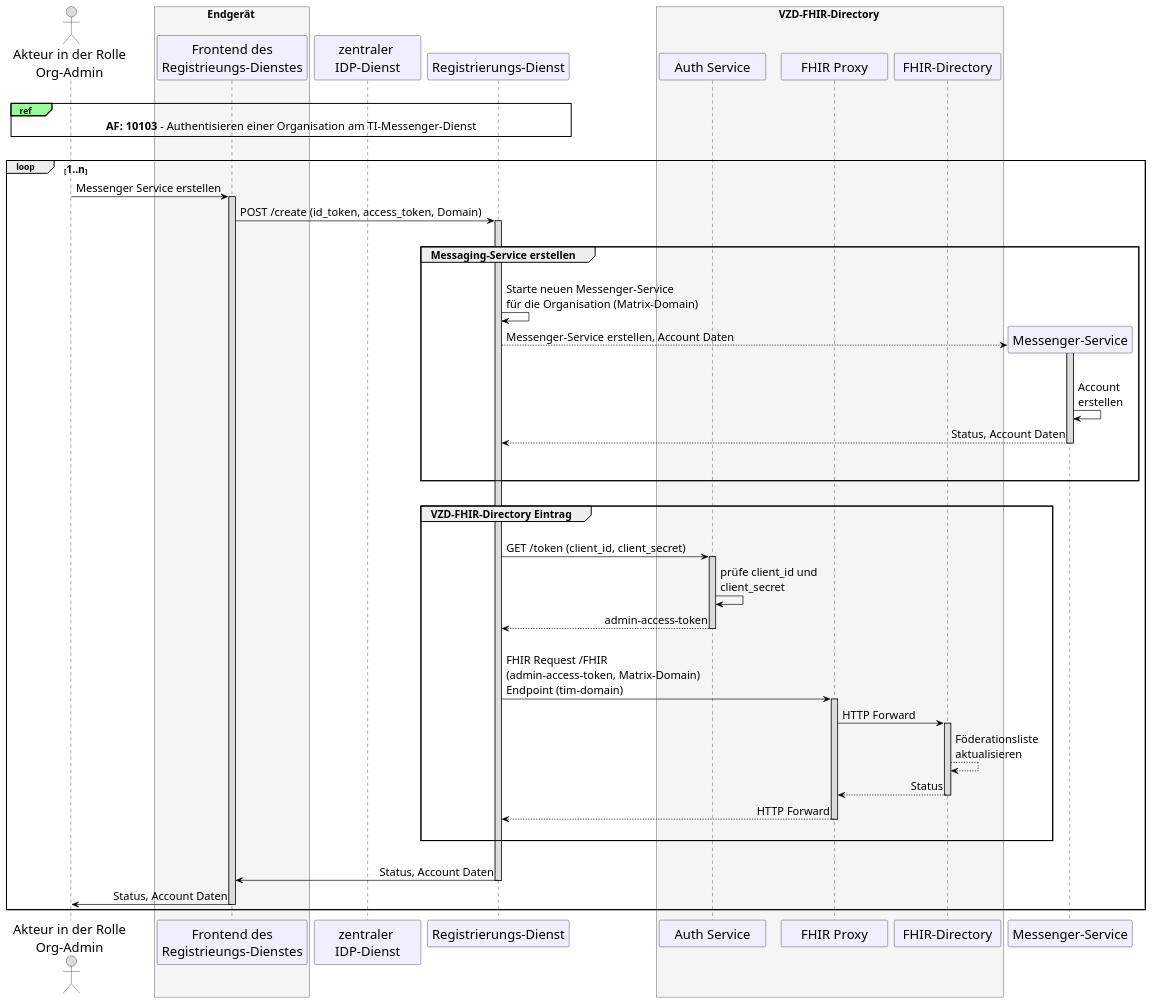
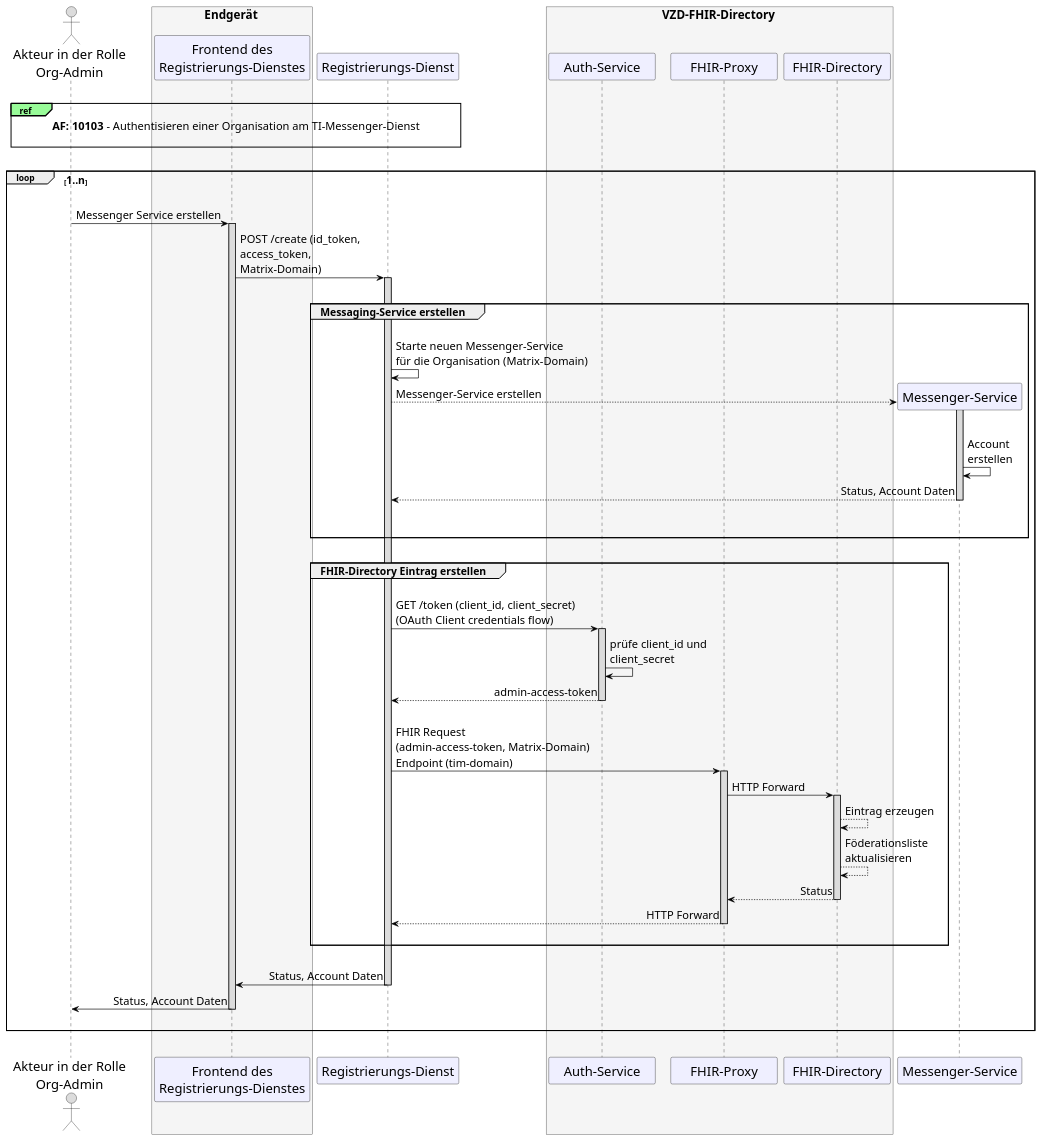
Before and after one commit to gematik/api-ti-messenger: the diagram in src/plantuml/TI-Messenger-Dienst/Ressourcen/UC_10060_Seq.puml, drawn with PlantUML. The commit also changed other lines of this file, not shown here.

```diff
--- a/src/plantuml/TI-Messenger-Dienst/Ressourcen/UC_10060_Seq.puml
+++ b/src/plantuml/TI-Messenger-Dienst/Ressourcen/UC_10060_Seq.puml
@@ -9,96 +9,98 @@
 @startuml
 skinparam sequenceMessageAlign direction
 skinparam WrapWidth 300
 skinparam minClassWidth 150
 skinparam BoxPadding 1
 skinparam sequenceReferenceHeaderBackgroundColor palegreen
 scale max 2048 width
 
 skinparam sequence {
 ArrowColor black
 ArrowFontSize 17
 ActorBorderColor black
 LifeLineBorderColor black
 LifeLineBackgroundColor Gainsboro
 
 ParticipantBorderColor Motivation
 ParticipantBackgroundColor Motivation
 ParticipantFontName Impact
 ParticipantFontSize 20
 ParticipantFontColor black
 ParticipantBorderColor Black
 ParticipantBackgroundColor MOTIVATION
 
 ActorBackgroundColor Gainsboro
 ActorFontColor black
 ActorFontSize 20
 ActorFontName Aapex
 }
     actor U as "Akteur in der Rolle\nOrg-Admin"
-    box <size:16>Endgerät</size> #WhiteSmoke
-      participant C as "Frontend des\nRegistrieungs-Dienstes"
+    box <size:18>Endgerät</size> #WhiteSmoke
+      participant C as "Frontend des\nRegistrierungs-Dienstes"
     end box
-    participant I as "zentraler \nIDP-Dienst"
     participant R as "Registrierungs-Dienst"
-    box <size:16>VZD-FHIR-Directory</size> #WhiteSmoke
-    participant Auth as "Auth Service"
-    participant FP as "FHIR Proxy"
+    box <size:18>VZD-FHIR-Directory</size> #WhiteSmoke
+    participant Auth as "Auth-Service"
+    participant FP as "FHIR-Proxy"
     participant VZD as "FHIR-Directory"
     end box
 
 |||
-ref over U, R: <size:17>**AF: 10103** - Authentisieren einer Organisation  am TI-Messenger-Dienst</size> 
+ref over U, R: <size:17>**AF: 10103** - Authentisieren einer Organisation am TI-Messenger-Dienst</size>\n 
 |||
 
 loop <size:16>1..n</size>
+  |||
   U->C: Messenger Service erstellen
   Activate C
-  C->R: POST /create (id_token, access_token, Domain)
+  C->R: POST /create (id_token, \naccess_token, \nMatrix-Domain)
     Activate R
     
     |||
     group <size:16>Messaging-Service erstellen</size>
     |||
       R->R: Starte neuen Messenger-Service \nfür die Organisation (Matrix-Domain)
         create "Messenger-Service"
-          R-->"Messenger-Service" : Messenger-Service erstellen, Account Daten
+          R-->"Messenger-Service" : Messenger-Service erstellen 
         Activate "Messenger-Service"
       |||
       "Messenger-Service"->"Messenger-Service": Account \nerstellen
       "Messenger-Service"-->R: Status, Account Daten
       |||
         Deactivate "Messenger-Service"
     |||
     end
     
     |||
     
-    group <size:16>VZD-FHIR-Directory Eintrag</size>
+    group <size:16>FHIR-Directory Eintrag erstellen</size>
     |||
-      R->Auth: GET /token (client_id, client_secret)
+      R->Auth: GET /token (client_id, client_secret) \n(OAuth Client credentials flow)
         Activate Auth
       Auth->Auth: prüfe client_id und \nclient_secret
       Auth-->R: admin-access-token
         Deactivate Auth
       |||
-      R->FP: FHIR Request /FHIR \n(admin-access-token, Matrix-Domain)\nEndpoint (tim-domain)
+      R->FP: FHIR Request \n(admin-access-token, Matrix-Domain)\nEndpoint (tim-domain)
         Activate FP
       FP->VZD: HTTP Forward
         Activate VZD
+      VZD-->VZD: Eintrag erzeugen
       VZD-->VZD: Föderationsliste\naktualisieren
       VZD-->FP: Status
         Deactivate VZD
       FP-->R: HTTP Forward
         Deactivate FP
 
     |||
     end
 
   |||
   R->C: Status, Account Daten
     Deactivate R
   C->U: Status, Account Daten
     Deactivate C
+  |||
 end
-
+|||
 @enduml
```
